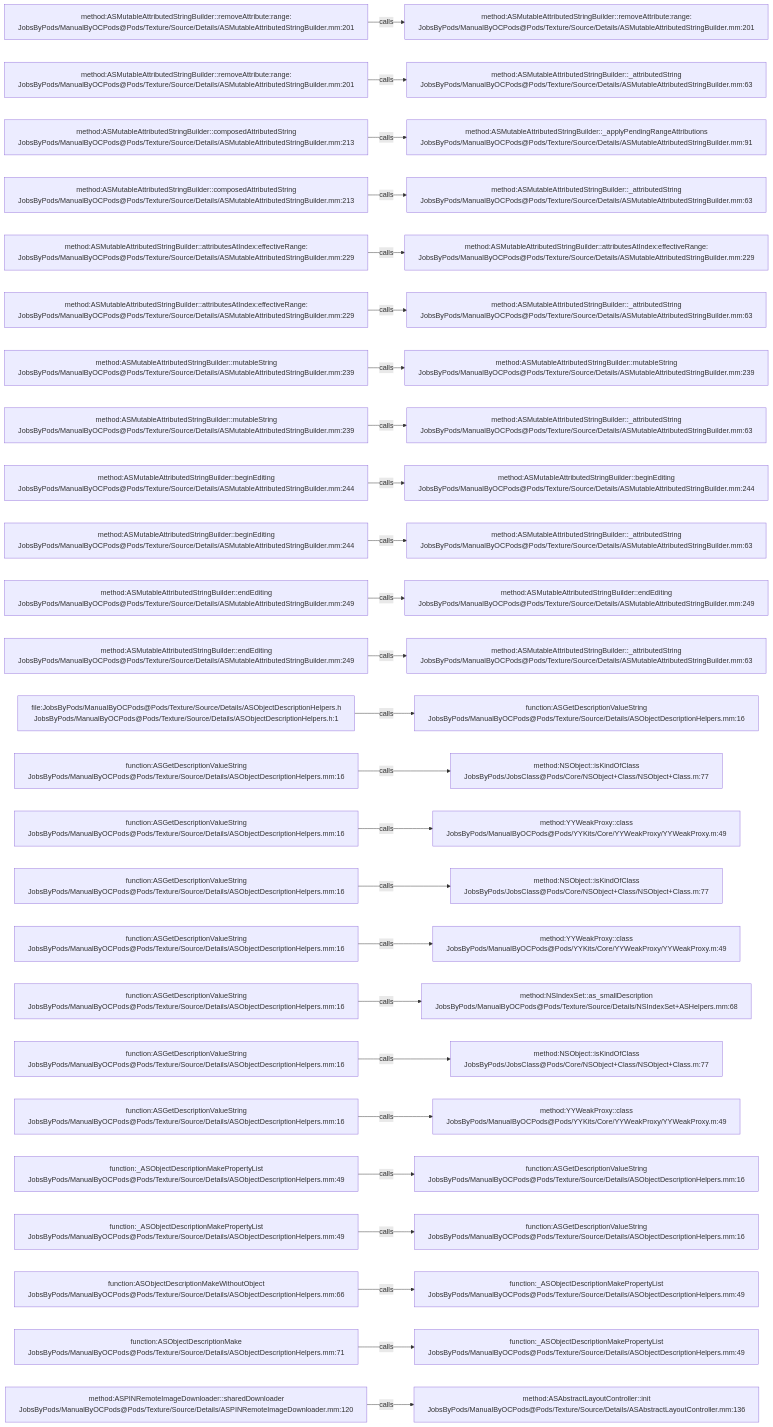
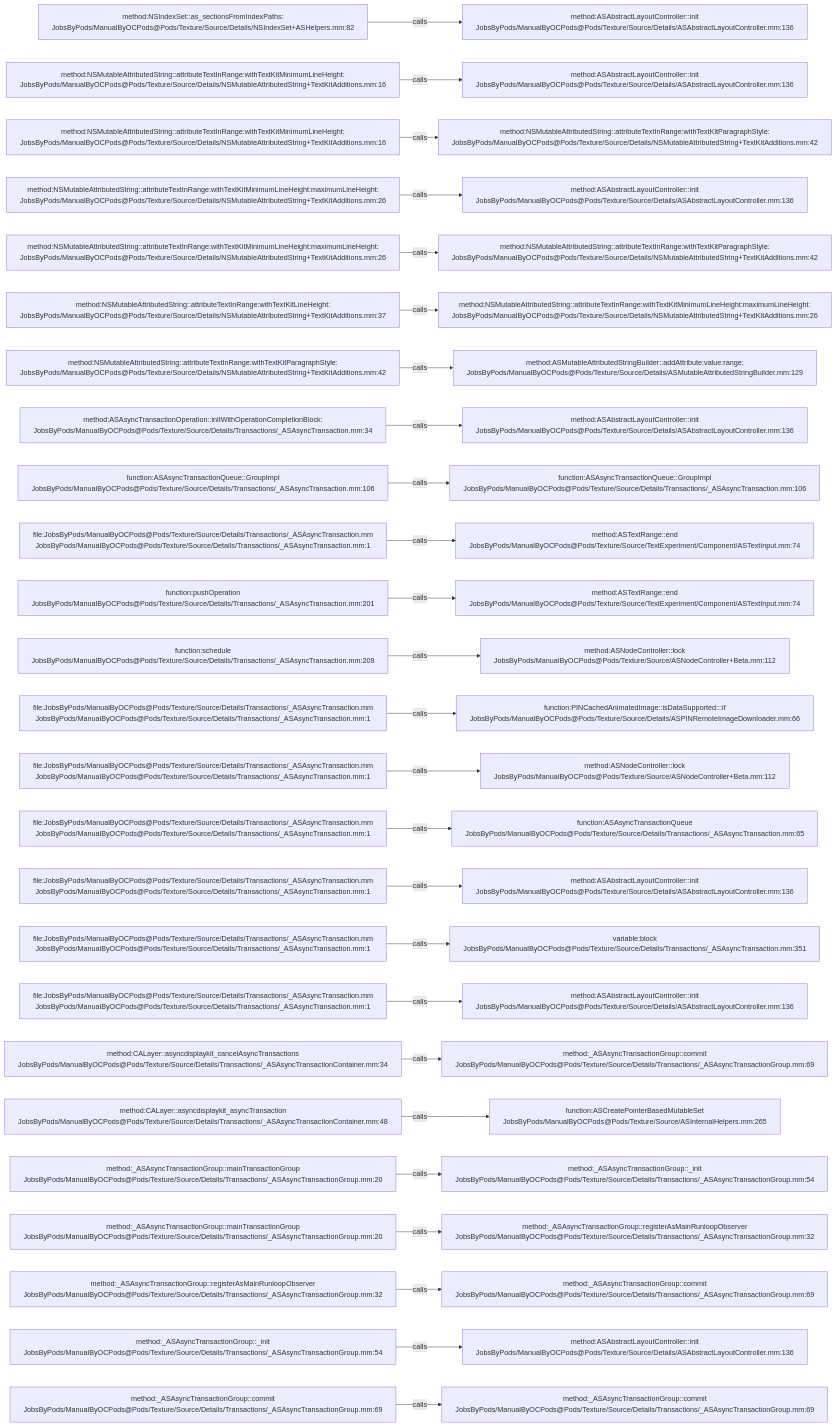
Before and after one commit to JobsKits/JobsOCBaseConfigDemo: the diagram in .codegraph/codegraph.md/graphs/calls-152.md, drawn with Mermaid. The commit also changed 2723 other files, not shown here.

````diff
--- a/.codegraph/codegraph.md/graphs/calls-152.md
+++ b/.codegraph/codegraph.md/graphs/calls-152.md
@@ -13,78 +13,78 @@
 ```mermaid
 flowchart LR
-  S1["method:ASMutableAttributedStringBuilder::removeAttribute:range:<br/>JobsByPods/ManualByOCPods@Pods/Texture/Source/Details/ASMutableAttributedStringBuilder.mm:201"]
-  T1["method:ASMutableAttributedStringBuilder::removeAttribute:range:<br/>JobsByPods/ManualByOCPods@Pods/Texture/Source/Details/ASMutableAttributedStringBuilder.mm:201"]
+  S1["method:NSIndexSet::as_sectionsFromIndexPaths:<br/>JobsByPods/ManualByOCPods@Pods/Texture/Source/Details/NSIndexSet+ASHelpers.mm:82"]
+  T1["method:ASAbstractLayoutController::init<br/>JobsByPods/ManualByOCPods@Pods/Texture/Source/Details/ASAbstractLayoutController.mm:136"]
   S1 -->|calls| T1
-  S2["method:ASMutableAttributedStringBuilder::removeAttribute:range:<br/>JobsByPods/ManualByOCPods@Pods/Texture/Source/Details/ASMutableAttributedStringBuilder.mm:201"]
-  T2["method:ASMutableAttributedStringBuilder::_attributedString<br/>JobsByPods/ManualByOCPods@Pods/Texture/Source/Details/ASMutableAttributedStringBuilder.mm:63"]
+  S2["method:NSMutableAttributedString::attributeTextInRange:withTextKitMinimumLineHeight:<br/>JobsByPods/ManualByOCPods@Pods/Texture/Source/Details/NSMutableAttributedString+TextKitAdditions.mm:16"]
+  T2["method:ASAbstractLayoutController::init<br/>JobsByPods/ManualByOCPods@Pods/Texture/Source/Details/ASAbstractLayoutController.mm:136"]
   S2 -->|calls| T2
-  S3["method:ASMutableAttributedStringBuilder::composedAttributedString<br/>JobsByPods/ManualByOCPods@Pods/Texture/Source/Details/ASMutableAttributedStringBuilder.mm:213"]
-  T3["method:ASMutableAttributedStringBuilder::_applyPendingRangeAttributions<br/>JobsByPods/ManualByOCPods@Pods/Texture/Source/Details/ASMutableAttributedStringBuilder.mm:91"]
+  S3["method:NSMutableAttributedString::attributeTextInRange:withTextKitMinimumLineHeight:<br/>JobsByPods/ManualByOCPods@Pods/Texture/Source/Details/NSMutableAttributedString+TextKitAdditions.mm:16"]
+  T3["method:NSMutableAttributedString::attributeTextInRange:withTextKitParagraphStyle:<br/>JobsByPods/ManualByOCPods@Pods/Texture/Source/Details/NSMutableAttributedString+TextKitAdditions.mm:42"]
   S3 -->|calls| T3
-  S4["method:ASMutableAttributedStringBuilder::composedAttributedString<br/>JobsByPods/ManualByOCPods@Pods/Texture/Source/Details/ASMutableAttributedStringBuilder.mm:213"]
-  T4["method:ASMutableAttributedStringBuilder::_attributedString<br/>JobsByPods/ManualByOCPods@Pods/Texture/Source/Details/ASMutableAttributedStringBuilder.mm:63"]
+  S4["method:NSMutableAttributedString::attributeTextInRange:withTextKitMinimumLineHeight:maximumLineHeight:<br/>JobsByPods/ManualByOCPods@Pods/Texture/Source/Details/NSMutableAttributedString+TextKitAdditions.mm:26"]
+  T4["method:ASAbstractLayoutController::init<br/>JobsByPods/ManualByOCPods@Pods/Texture/Source/Details/ASAbstractLayoutController.mm:136"]
   S4 -->|calls| T4
-  S5["method:ASMutableAttributedStringBuilder::attributesAtIndex:effectiveRange:<br/>JobsByPods/ManualByOCPods@Pods/Texture/Source/Details/ASMutableAttributedStringBuilder.mm:229"]
-  T5["method:ASMutableAttributedStringBuilder::attributesAtIndex:effectiveRange:<br/>JobsByPods/ManualByOCPods@Pods/Texture/Source/Details/ASMutableAttributedStringBuilder.mm:229"]
+  S5["method:NSMutableAttributedString::attributeTextInRange:withTextKitMinimumLineHeight:maximumLineHeight:<br/>JobsByPods/ManualByOCPods@Pods/Texture/Source/Details/NSMutableAttributedString+TextKitAdditions.mm:26"]
+  T5["method:NSMutableAttributedString::attributeTextInRange:withTextKitParagraphStyle:<br/>JobsByPods/ManualByOCPods@Pods/Texture/Source/Details/NSMutableAttributedString+TextKitAdditions.mm:42"]
   S5 -->|calls| T5
-  S6["method:ASMutableAttributedStringBuilder::attributesAtIndex:effectiveRange:<br/>JobsByPods/ManualByOCPods@Pods/Texture/Source/Details/ASMutableAttributedStringBuilder.mm:229"]
-  T6["method:ASMutableAttributedStringBuilder::_attributedString<br/>JobsByPods/ManualByOCPods@Pods/Texture/Source/Details/ASMutableAttributedStringBuilder.mm:63"]
+  S6["method:NSMutableAttributedString::attributeTextInRange:withTextKitLineHeight:<br/>JobsByPods/ManualByOCPods@Pods/Texture/Source/Details/NSMutableAttributedString+TextKitAdditions.mm:37"]
+  T6["method:NSMutableAttributedString::attributeTextInRange:withTextKitMinimumLineHeight:maximumLineHeight:<br/>JobsByPods/ManualByOCPods@Pods/Texture/Source/Details/NSMutableAttributedString+TextKitAdditions.mm:26"]
   S6 -->|calls| T6
-  S7["method:ASMutableAttributedStringBuilder::mutableString<br/>JobsByPods/ManualByOCPods@Pods/Texture/Source/Details/ASMutableAttributedStringBuilder.mm:239"]
-  T7["method:ASMutableAttributedStringBuilder::mutableString<br/>JobsByPods/ManualByOCPods@Pods/Texture/Source/Details/ASMutableAttributedStringBuilder.mm:239"]
+  S7["method:NSMutableAttributedString::attributeTextInRange:withTextKitParagraphStyle:<br/>JobsByPods/ManualByOCPods@Pods/Texture/Source/Details/NSMutableAttributedString+TextKitAdditions.mm:42"]
+  T7["method:ASMutableAttributedStringBuilder::addAttribute:value:range:<br/>JobsByPods/ManualByOCPods@Pods/Texture/Source/Details/ASMutableAttributedStringBuilder.mm:129"]
   S7 -->|calls| T7
-  S8["method:ASMutableAttributedStringBuilder::mutableString<br/>JobsByPods/ManualByOCPods@Pods/Texture/Source/Details/ASMutableAttributedStringBuilder.mm:239"]
-  T8["method:ASMutableAttributedStringBuilder::_attributedString<br/>JobsByPods/ManualByOCPods@Pods/Texture/Source/Details/ASMutableAttributedStringBuilder.mm:63"]
+  S8["method:ASAsyncTransactionOperation::initWithOperationCompletionBlock:<br/>JobsByPods/ManualByOCPods@Pods/Texture/Source/Details/Transactions/_ASAsyncTransaction.mm:34"]
+  T8["method:ASAbstractLayoutController::init<br/>JobsByPods/ManualByOCPods@Pods/Texture/Source/Details/ASAbstractLayoutController.mm:136"]
   S8 -->|calls| T8
-  S9["method:ASMutableAttributedStringBuilder::beginEditing<br/>JobsByPods/ManualByOCPods@Pods/Texture/Source/Details/ASMutableAttributedStringBuilder.mm:244"]
-  T9["method:ASMutableAttributedStringBuilder::beginEditing<br/>JobsByPods/ManualByOCPods@Pods/Texture/Source/Details/ASMutableAttributedStringBuilder.mm:244"]
+  S9["function:ASAsyncTransactionQueue::GroupImpl<br/>JobsByPods/ManualByOCPods@Pods/Texture/Source/Details/Transactions/_ASAsyncTransaction.mm:106"]
+  T9["function:ASAsyncTransactionQueue::GroupImpl<br/>JobsByPods/ManualByOCPods@Pods/Texture/Source/Details/Transactions/_ASAsyncTransaction.mm:106"]
   S9 -->|calls| T9
-  S10["method:ASMutableAttributedStringBuilder::beginEditing<br/>JobsByPods/ManualByOCPods@Pods/Texture/Source/Details/ASMutableAttributedStringBuilder.mm:244"]
-  T10["method:ASMutableAttributedStringBuilder::_attributedString<br/>JobsByPods/ManualByOCPods@Pods/Texture/Source/Details/ASMutableAttributedStringBuilder.mm:63"]
+  S10["file:JobsByPods/ManualByOCPods@Pods/Texture/Source/Details/Transactions/_ASAsyncTransaction.mm<br/>JobsByPods/ManualByOCPods@Pods/Texture/Source/Details/Transactions/_ASAsyncTransaction.mm:1"]
+  T10["method:ASTextRange::end<br/>JobsByPods/ManualByOCPods@Pods/Texture/Source/TextExperiment/Component/ASTextInput.mm:74"]
   S10 -->|calls| T10
-  S11["method:ASMutableAttributedStringBuilder::endEditing<br/>JobsByPods/ManualByOCPods@Pods/Texture/Source/Details/ASMutableAttributedStringBuilder.mm:249"]
-  T11["method:ASMutableAttributedStringBuilder::endEditing<br/>JobsByPods/ManualByOCPods@Pods/Texture/Source/Details/ASMutableAttributedStringBuilder.mm:249"]
+  S11["function:pushOperation<br/>JobsByPods/ManualByOCPods@Pods/Texture/Source/Details/Transactions/_ASAsyncTransaction.mm:201"]
+  T11["method:ASTextRange::end<br/>JobsByPods/ManualByOCPods@Pods/Texture/Source/TextExperiment/Component/ASTextInput.mm:74"]
   S11 -->|calls| T11
-  S12["method:ASMutableAttributedStringBuilder::endEditing<br/>JobsByPods/ManualByOCPods@Pods/Texture/Source/Details/ASMutableAttributedStringBuilder.mm:249"]
-  T12["method:ASMutableAttributedStringBuilder::_attributedString<br/>JobsByPods/ManualByOCPods@Pods/Texture/Source/Details/ASMutableAttributedStringBuilder.mm:63"]
+  S12["function:schedule<br/>JobsByPods/ManualByOCPods@Pods/Texture/Source/Details/Transactions/_ASAsyncTransaction.mm:209"]
+  T12["method:ASNodeController::lock<br/>JobsByPods/ManualByOCPods@Pods/Texture/Source/ASNodeController+Beta.mm:112"]
   S12 -->|calls| T12
-  S13["file:JobsByPods/ManualByOCPods@Pods/Texture/Source/Details/ASObjectDescriptionHelpers.h<br/>JobsByPods/ManualByOCPods@Pods/Texture/Source/Details/ASObjectDescriptionHelpers.h:1"]
-  T13["function:ASGetDescriptionValueString<br/>JobsByPods/ManualByOCPods@Pods/Texture/Source/Details/ASObjectDescriptionHelpers.mm:16"]
+  S13["file:JobsByPods/ManualByOCPods@Pods/Texture/Source/Details/Transactions/_ASAsyncTransaction.mm<br/>JobsByPods/ManualByOCPods@Pods/Texture/Source/Details/Transactions/_ASAsyncTransaction.mm:1"]
+  T13["function:PINCachedAnimatedImage::isDataSupported:::if<br/>JobsByPods/ManualByOCPods@Pods/Texture/Source/Details/ASPINRemoteImageDownloader.mm:66"]
   S13 -->|calls| T13
-  S14["function:ASGetDescriptionValueString<br/>JobsByPods/ManualByOCPods@Pods/Texture/Source/Details/ASObjectDescriptionHelpers.mm:16"]
-  T14["method:NSObject::isKindOfClass<br/>JobsByPods/JobsClass@Pods/Core/NSObject+Class/NSObject+Class.m:77"]
+  S14["file:JobsByPods/ManualByOCPods@Pods/Texture/Source/Details/Transactions/_ASAsyncTransaction.mm<br/>JobsByPods/ManualByOCPods@Pods/Texture/Source/Details/Transactions/_ASAsyncTransaction.mm:1"]
+  T14["method:ASNodeController::lock<br/>JobsByPods/ManualByOCPods@Pods/Texture/Source/ASNodeController+Beta.mm:112"]
   S14 -->|calls| T14
-  S15["function:ASGetDescriptionValueString<br/>JobsByPods/ManualByOCPods@Pods/Texture/Source/Details/ASObjectDescriptionHelpers.mm:16"]
-  T15["method:YYWeakProxy::class<br/>JobsByPods/ManualByOCPods@Pods/YYKits/Core/YYWeakProxy/YYWeakProxy.m:49"]
+  S15["file:JobsByPods/ManualByOCPods@Pods/Texture/Source/Details/Transactions/_ASAsyncTransaction.mm<br/>JobsByPods/ManualByOCPods@Pods/Texture/Source/Details/Transactions/_ASAsyncTransaction.mm:1"]
+  T15["function:ASAsyncTransactionQueue<br/>JobsByPods/ManualByOCPods@Pods/Texture/Source/Details/Transactions/_ASAsyncTransaction.mm:65"]
   S15 -->|calls| T15
-  S16["function:ASGetDescriptionValueString<br/>JobsByPods/ManualByOCPods@Pods/Texture/Source/Details/ASObjectDescriptionHelpers.mm:16"]
-  T16["method:NSObject::isKindOfClass<br/>JobsByPods/JobsClass@Pods/Core/NSObject+Class/NSObject+Class.m:77"]
+  S16["file:JobsByPods/ManualByOCPods@Pods/Texture/Source/Details/Transactions/_ASAsyncTransaction.mm<br/>JobsByPods/ManualByOCPods@Pods/Texture/Source/Details/Transactions/_ASAsyncTransaction.mm:1"]
+  T16["method:ASAbstractLayoutController::init<br/>JobsByPods/ManualByOCPods@Pods/Texture/Source/Details/ASAbstractLayoutController.mm:136"]
   S16 -->|calls| T16
-  S17["function:ASGetDescriptionValueString<br/>JobsByPods/ManualByOCPods@Pods/Texture/Source/Details/ASObjectDescriptionHelpers.mm:16"]
-  T17["method:YYWeakProxy::class<br/>JobsByPods/ManualByOCPods@Pods/YYKits/Core/YYWeakProxy/YYWeakProxy.m:49"]
+  S17["file:JobsByPods/ManualByOCPods@Pods/Texture/Source/Details/Transactions/_ASAsyncTransaction.mm<br/>JobsByPods/ManualByOCPods@Pods/Texture/Source/Details/Transactions/_ASAsyncTransaction.mm:1"]
+  T17["variable:block<br/>JobsByPods/ManualByOCPods@Pods/Texture/Source/Details/Transactions/_ASAsyncTransaction.mm:351"]
   S17 -->|calls| T17
-  S18["function:ASGetDescriptionValueString<br/>JobsByPods/ManualByOCPods@Pods/Texture/Source/Details/ASObjectDescriptionHelpers.mm:16"]
-  T18["method:NSIndexSet::as_smallDescription<br/>JobsByPods/ManualByOCPods@Pods/Texture/Source/Details/NSIndexSet+ASHelpers.mm:68"]
+  S18["file:JobsByPods/ManualByOCPods@Pods/Texture/Source/Details/Transactions/_ASAsyncTransaction.mm<br/>JobsByPods/ManualByOCPods@Pods/Texture/Source/Details/Transactions/_ASAsyncTransaction.mm:1"]
+  T18["method:ASAbstractLayoutController::init<br/>JobsByPods/ManualByOCPods@Pods/Texture/Source/Details/ASAbstractLayoutController.mm:136"]
   S18 -->|calls| T18
-  S19["function:ASGetDescriptionValueString<br/>JobsByPods/ManualByOCPods@Pods/Texture/Source/Details/ASObjectDescriptionHelpers.mm:16"]
-  T19["method:NSObject::isKindOfClass<br/>JobsByPods/JobsClass@Pods/Core/NSObject+Class/NSObject+Class.m:77"]
+  S19["method:CALayer::asyncdisplaykit_cancelAsyncTransactions<br/>JobsByPods/ManualByOCPods@Pods/Texture/Source/Details/Transactions/_ASAsyncTransactionContainer.mm:34"]
+  T19["method:_ASAsyncTransactionGroup::commit<br/>JobsByPods/ManualByOCPods@Pods/Texture/Source/Details/Transactions/_ASAsyncTransactionGroup.mm:69"]
   S19 -->|calls| T19
-  S20["function:ASGetDescriptionValueString<br/>JobsByPods/ManualByOCPods@Pods/Texture/Source/Details/ASObjectDescriptionHelpers.mm:16"]
-  T20["method:YYWeakProxy::class<br/>JobsByPods/ManualByOCPods@Pods/YYKits/Core/YYWeakProxy/YYWeakProxy.m:49"]
+  S20["method:CALayer::asyncdisplaykit_asyncTransaction<br/>JobsByPods/ManualByOCPods@Pods/Texture/Source/Details/Transactions/_ASAsyncTransactionContainer.mm:48"]
+  T20["function:ASCreatePointerBasedMutableSet<br/>JobsByPods/ManualByOCPods@Pods/Texture/Source/ASInternalHelpers.mm:265"]
   S20 -->|calls| T20
-  S21["function:_ASObjectDescriptionMakePropertyList<br/>JobsByPods/ManualByOCPods@Pods/Texture/Source/Details/ASObjectDescriptionHelpers.mm:49"]
-  T21["function:ASGetDescriptionValueString<br/>JobsByPods/ManualByOCPods@Pods/Texture/Source/Details/ASObjectDescriptionHelpers.mm:16"]
+  S21["method:_ASAsyncTransactionGroup::mainTransactionGroup<br/>JobsByPods/ManualByOCPods@Pods/Texture/Source/Details/Transactions/_ASAsyncTransactionGroup.mm:20"]
+  T21["method:_ASAsyncTransactionGroup::_init<br/>JobsByPods/ManualByOCPods@Pods/Texture/Source/Details/Transactions/_ASAsyncTransactionGroup.mm:54"]
   S21 -->|calls| T21
-  S22["function:_ASObjectDescriptionMakePropertyList<br/>JobsByPods/ManualByOCPods@Pods/Texture/Source/Details/ASObjectDescriptionHelpers.mm:49"]
-  T22["function:ASGetDescriptionValueString<br/>JobsByPods/ManualByOCPods@Pods/Texture/Source/Details/ASObjectDescriptionHelpers.mm:16"]
+  S22["method:_ASAsyncTransactionGroup::mainTransactionGroup<br/>JobsByPods/ManualByOCPods@Pods/Texture/Source/Details/Transactions/_ASAsyncTransactionGroup.mm:20"]
+  T22["method:_ASAsyncTransactionGroup::registerAsMainRunloopObserver<br/>JobsByPods/ManualByOCPods@Pods/Texture/Source/Details/Transactions/_ASAsyncTransactionGroup.mm:32"]
   S22 -->|calls| T22
-  S23["function:ASObjectDescriptionMakeWithoutObject<br/>JobsByPods/ManualByOCPods@Pods/Texture/Source/Details/ASObjectDescriptionHelpers.mm:66"]
-  T23["function:_ASObjectDescriptionMakePropertyList<br/>JobsByPods/ManualByOCPods@Pods/Texture/Source/Details/ASObjectDescriptionHelpers.mm:49"]
+  S23["method:_ASAsyncTransactionGroup::registerAsMainRunloopObserver<br/>JobsByPods/ManualByOCPods@Pods/Texture/Source/Details/Transactions/_ASAsyncTransactionGroup.mm:32"]
+  T23["method:_ASAsyncTransactionGroup::commit<br/>JobsByPods/ManualByOCPods@Pods/Texture/Source/Details/Transactions/_ASAsyncTransactionGroup.mm:69"]
   S23 -->|calls| T23
-  S24["function:ASObjectDescriptionMake<br/>JobsByPods/ManualByOCPods@Pods/Texture/Source/Details/ASObjectDescriptionHelpers.mm:71"]
-  T24["function:_ASObjectDescriptionMakePropertyList<br/>JobsByPods/ManualByOCPods@Pods/Texture/Source/Details/ASObjectDescriptionHelpers.mm:49"]
+  S24["method:_ASAsyncTransactionGroup::_init<br/>JobsByPods/ManualByOCPods@Pods/Texture/Source/Details/Transactions/_ASAsyncTransactionGroup.mm:54"]
+  T24["method:ASAbstractLayoutController::init<br/>JobsByPods/ManualByOCPods@Pods/Texture/Source/Details/ASAbstractLayoutController.mm:136"]
   S24 -->|calls| T24
-  S25["method:ASPINRemoteImageDownloader::sharedDownloader<br/>JobsByPods/ManualByOCPods@Pods/Texture/Source/Details/ASPINRemoteImageDownloader.mm:120"]
-  T25["method:ASAbstractLayoutController::init<br/>JobsByPods/ManualByOCPods@Pods/Texture/Source/Details/ASAbstractLayoutController.mm:136"]
+  S25["method:_ASAsyncTransactionGroup::commit<br/>JobsByPods/ManualByOCPods@Pods/Texture/Source/Details/Transactions/_ASAsyncTransactionGroup.mm:69"]
+  T25["method:_ASAsyncTransactionGroup::commit<br/>JobsByPods/ManualByOCPods@Pods/Texture/Source/Details/Transactions/_ASAsyncTransactionGroup.mm:69"]
   S25 -->|calls| T25
 ```
````
